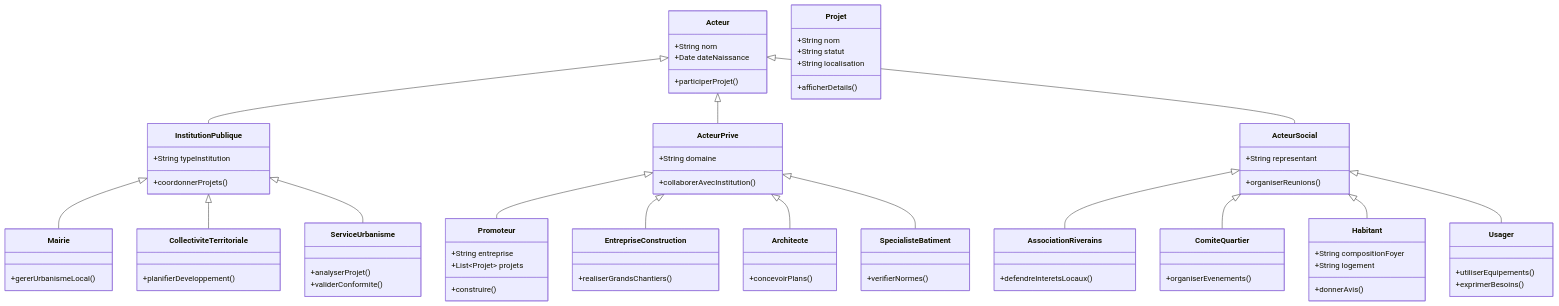
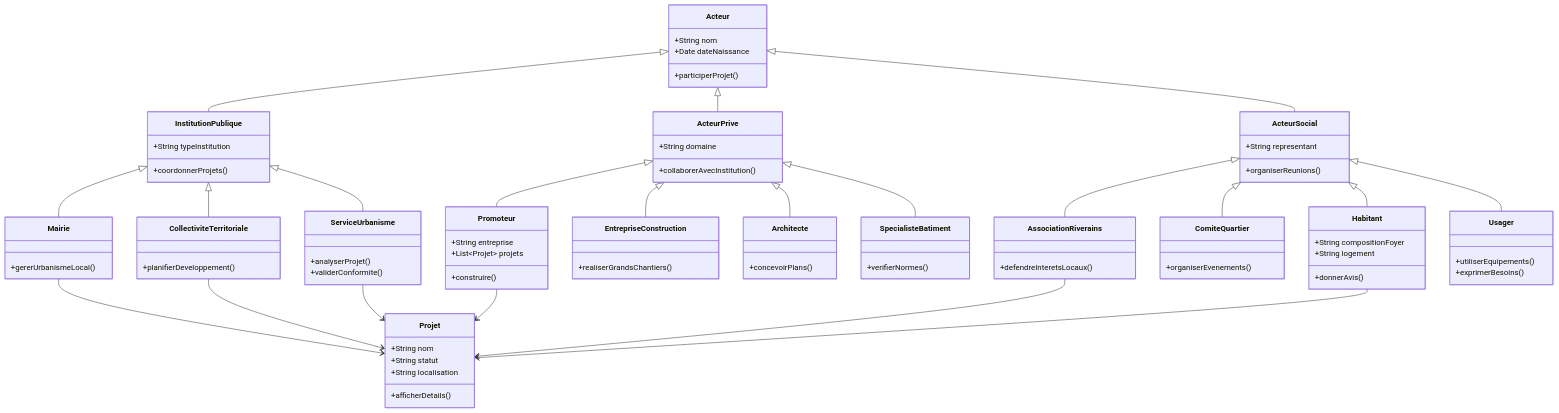
Before and after one commit to kahiarchi/plaine---saint--Denis---batiment-: the diagram in acteurskahiachi3.md, drawn with Mermaid.

````diff
--- a/acteurskahiachi3.md
+++ b/acteurskahiachi3.md
@@ -104,5 +104,11 @@
     ActeurSocial <|-- Habitant
     ActeurSocial <|-- Usager
 
+ Promoteur --> Projet 
+    ServiceUrbanisme --> Projet 
+    Mairie --> Projet 
+    CollectiviteTerritoriale --> Projet 
+    AssociationRiverains --> Projet 
+    Habitant --> Projet
    
 ```
````
